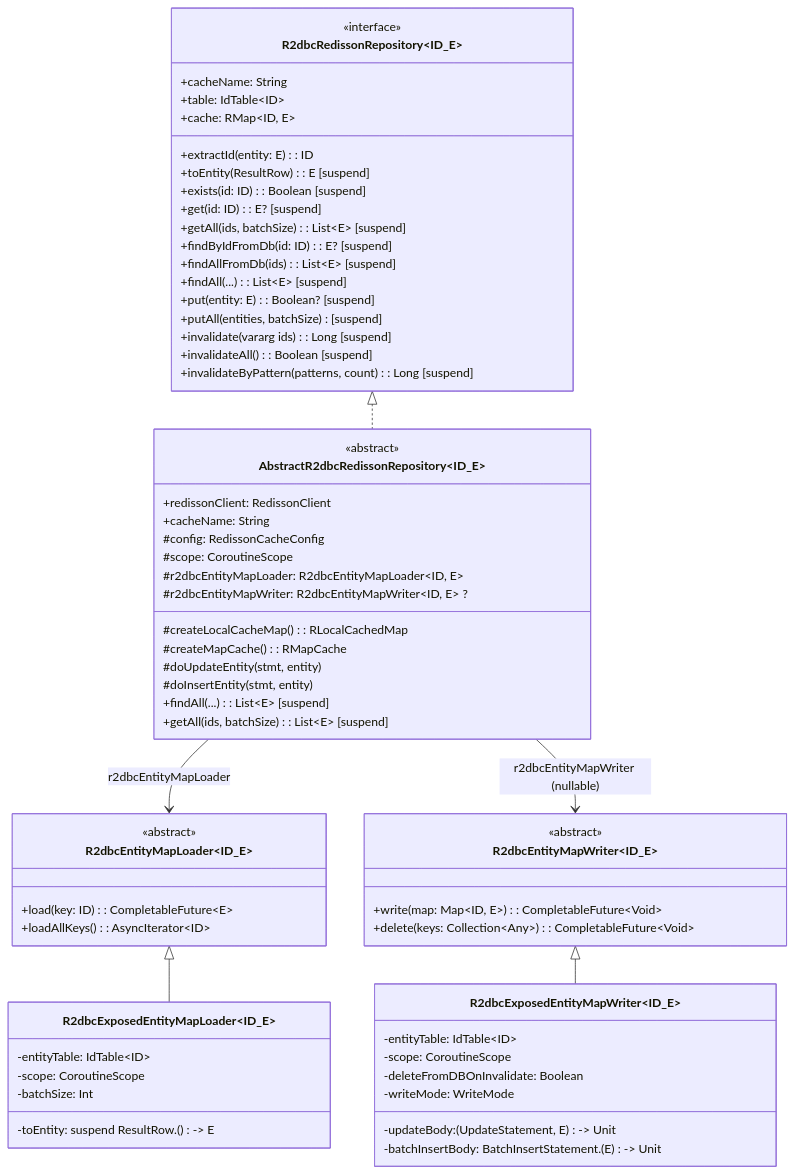
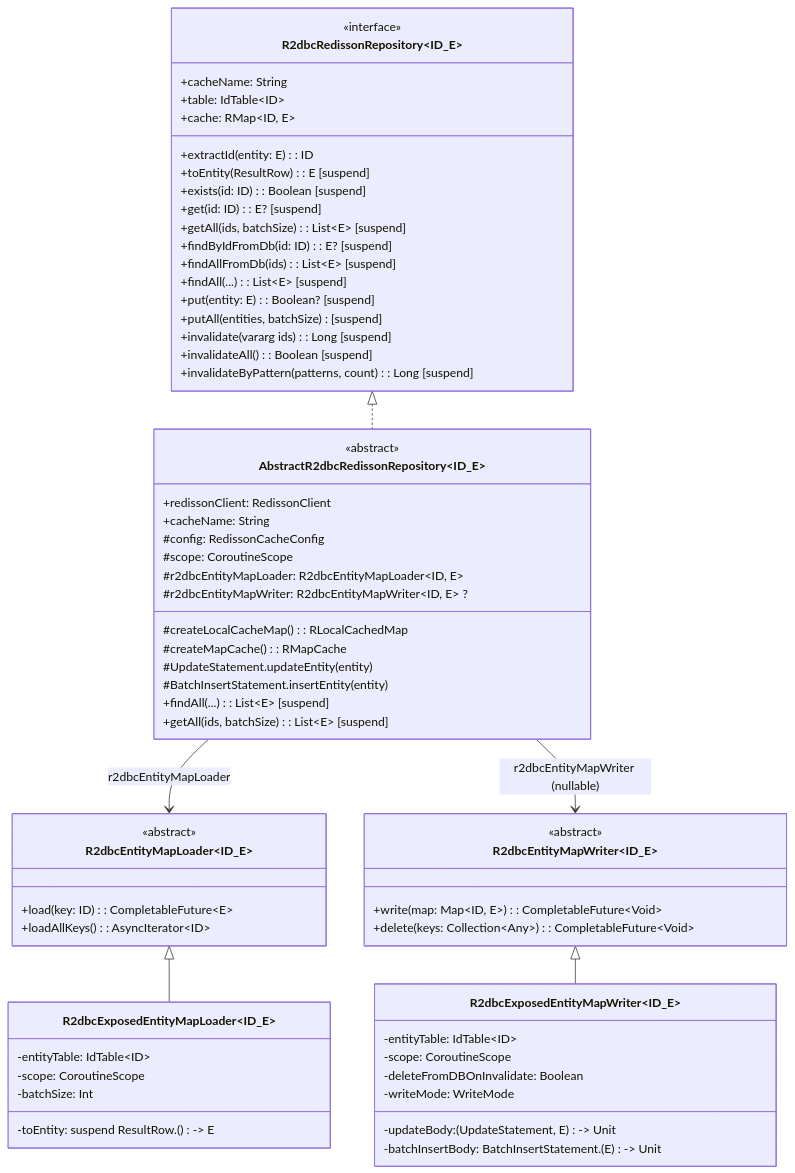
The second of 5 diagrams in data/exposed-r2dbc-redisson/README.ko.md (bluetape4k/bluetape4k-projects), drawn with Mermaid before and after one commit. The commit also changed other lines of this file and 34 other files, not shown here.

````diff
--- a/data/exposed-r2dbc-redisson/README.ko.md
+++ b/data/exposed-r2dbc-redisson/README.ko.md
@@ -154,72 +154,72 @@
 ```mermaid
 classDiagram
     class R2dbcRedissonRepository~ID_E~ {
 <<interface>>
 +cacheName: String
 +table: IdTable~ID~
 +cache: RMap~ID, E~
 +extractId(entity: E): ID
 +toEntity(ResultRow): E [suspend]
 +exists(id: ID): Boolean [suspend]
 +get(id: ID): E? [suspend]
 +getAll(ids, batchSize): List~E~ [suspend]
 +findByIdFromDb(id: ID): E? [suspend]
 +findAllFromDb(ids): List~E~ [suspend]
 +findAll(...): List~E~ [suspend]
 +put(entity: E): Boolean? [suspend]
 +putAll(entities, batchSize) [suspend]
 +invalidate(vararg ids): Long [suspend]
 +invalidateAll(): Boolean [suspend]
 +invalidateByPattern(patterns, count): Long [suspend]
 }
 
 class AbstractR2dbcRedissonRepository~ID_E~ {
 <<abstract>>
 +redissonClient: RedissonClient
 +cacheName: String
 #config: RedissonCacheConfig
 #scope: CoroutineScope
 #r2dbcEntityMapLoader: R2dbcEntityMapLoader~ID, E~
 #r2dbcEntityMapWriter: R2dbcEntityMapWriter~ID, E~ ?
 #createLocalCacheMap(): RLocalCachedMap
 #createMapCache(): RMapCache
-#doUpdateEntity(stmt, entity)
-#doInsertEntity(stmt, entity)
+#UpdateStatement.updateEntity(entity)
+#BatchInsertStatement.insertEntity(entity)
 +findAll(...): List~E~ [suspend]
 +getAll(ids, batchSize): List~E~ [suspend]
 }
 
 class R2dbcEntityMapLoader~ID_E~ {
 <<abstract>>
 +load(key: ID): CompletableFuture~E~
 +loadAllKeys(): AsyncIterator~ID~
 }
 
 class R2dbcEntityMapWriter~ID_E~ {
 <<abstract>>
 +write(map: Map~ID, E~): CompletableFuture~Void~
 +delete(keys: Collection~Any~): CompletableFuture~Void~
 }
 
 class R2dbcExposedEntityMapLoader~ID_E~ {
 -entityTable: IdTable~ID~
 -scope: CoroutineScope
 -batchSize: Int
 -toEntity: suspend ResultRow.() -> E
  }
 
 class R2dbcExposedEntityMapWriter~ID_E~ {
 -entityTable: IdTable~ID~
 -scope: CoroutineScope
 -updateBody: (UpdateStatement, E) -> Unit
 -batchInsertBody: BatchInsertStatement.(E) -> Unit
 -deleteFromDBOnInvalidate: Boolean
 -writeMode: WriteMode
 }
 
 R2dbcRedissonRepository~ID_E~ <|.. AbstractR2dbcRedissonRepository~ID_E~
 AbstractR2dbcRedissonRepository~ID_E~ --> R2dbcEntityMapLoader~ID_E~: r2dbcEntityMapLoader
 AbstractR2dbcRedissonRepository~ID_E~ --> R2dbcEntityMapWriter~ID_E~: r2dbcEntityMapWriter (nullable)
 R2dbcEntityMapLoader~ID_E~ <|-- R2dbcExposedEntityMapLoader~ID_E~
 R2dbcEntityMapWriter~ID_E~ <|-- R2dbcExposedEntityMapWriter~ID_E~
 ```
````
